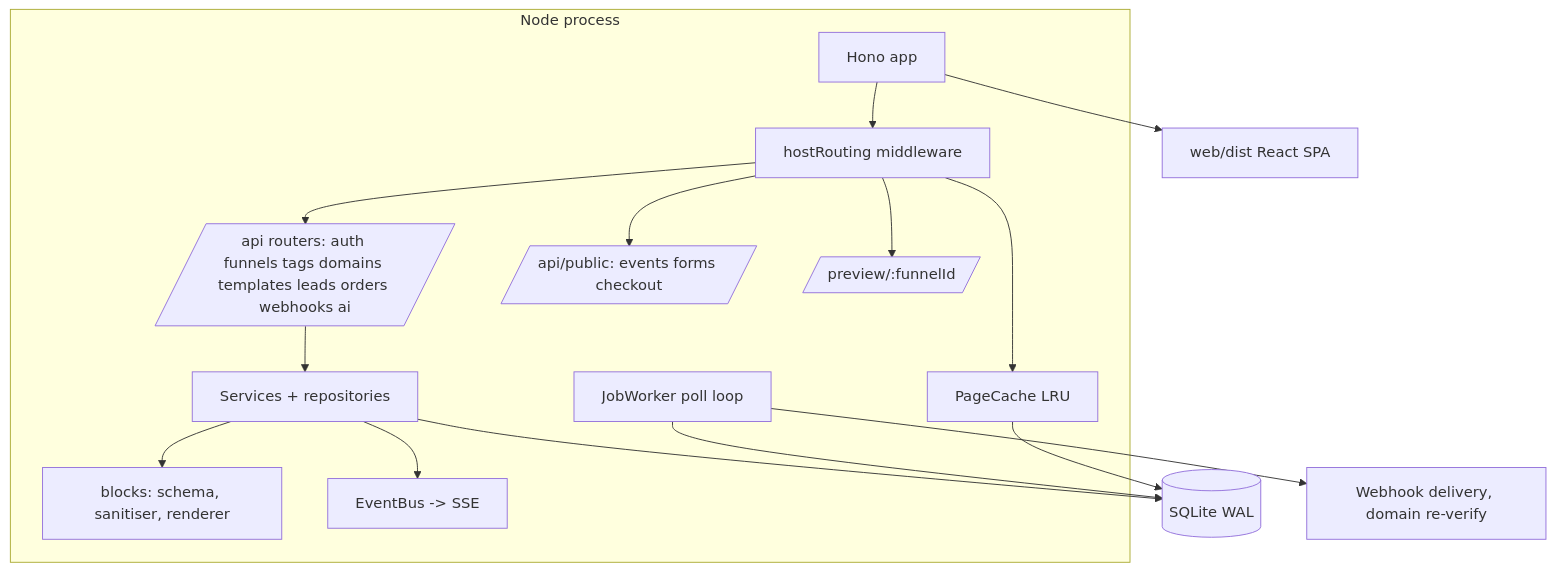
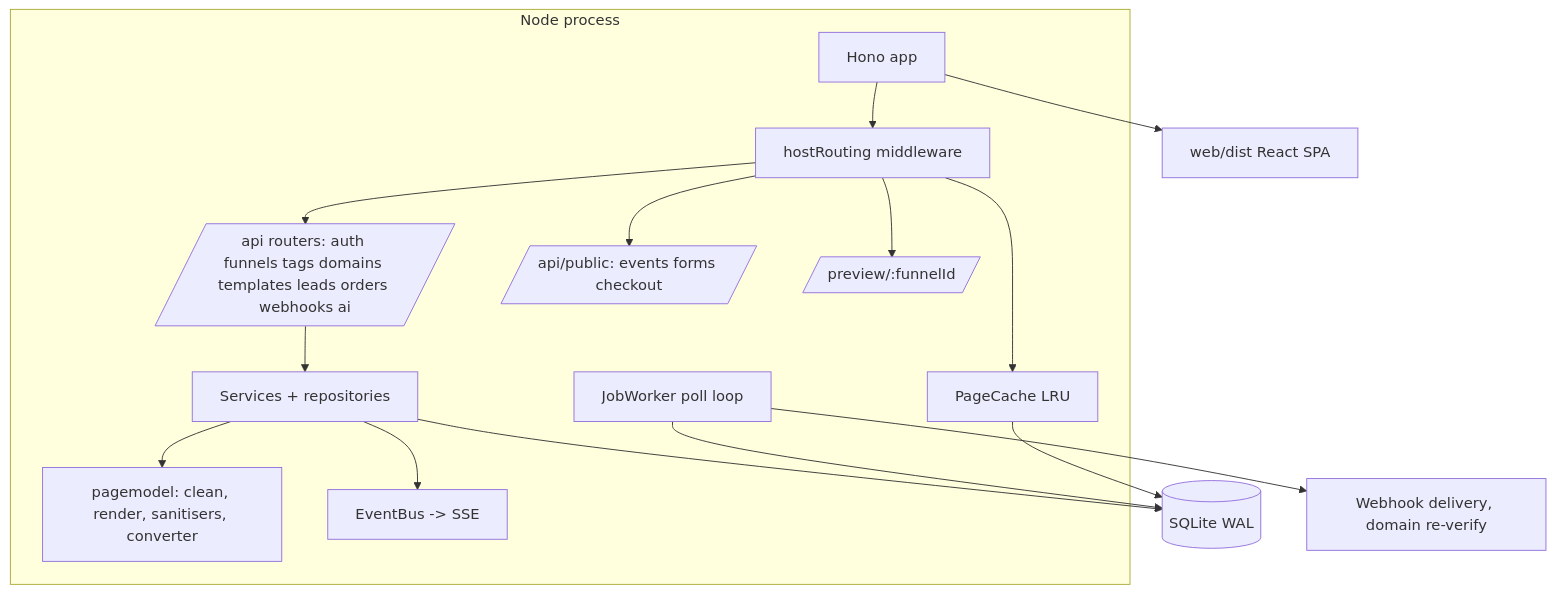
The second of 11 diagrams in docs/ARCHITECTURE.md (VaibhavBansal26/funnels), drawn with Mermaid before and after one commit. The commit also changed other lines of this file and 59 other files, not shown here.

Commit message:
docs: page builder (architecture, ADR 0022, provenance, security, testing, migration, runbook, AI, performance), design system with screenshots

````diff
--- a/docs/ARCHITECTURE.md
+++ b/docs/ARCHITECTURE.md
@@ -19,25 +19,25 @@
 ```mermaid
 flowchart TB
   subgraph Process[Node process]
     Router[Hono app]
     Host[hostRouting middleware]
     API[/api routers: auth funnels tags domains templates leads orders webhooks ai/]
     Pub[/api/public: events forms checkout/]
     Prev[/preview/:funnelId/]
     Svc[Services + repositories]
-    Block[blocks: schema, sanitiser, renderer]
+    Page[pagemodel: clean, render, sanitisers, converter]
     Worker[JobWorker poll loop]
     Bus[EventBus -> SSE]
     Cache[PageCache LRU]
   end
   DB[(SQLite WAL)]
   Web[web/dist React SPA]
   Router --> Host --> API & Pub & Prev
   API --> Svc --> DB
-  Svc --> Block
+  Svc --> Page
   Worker --> DB
   Worker --> Hooks2[Webhook delivery, domain re-verify]
   Svc --> Bus
   Host --> Cache --> DB
   Router --> Web
 ```
````
